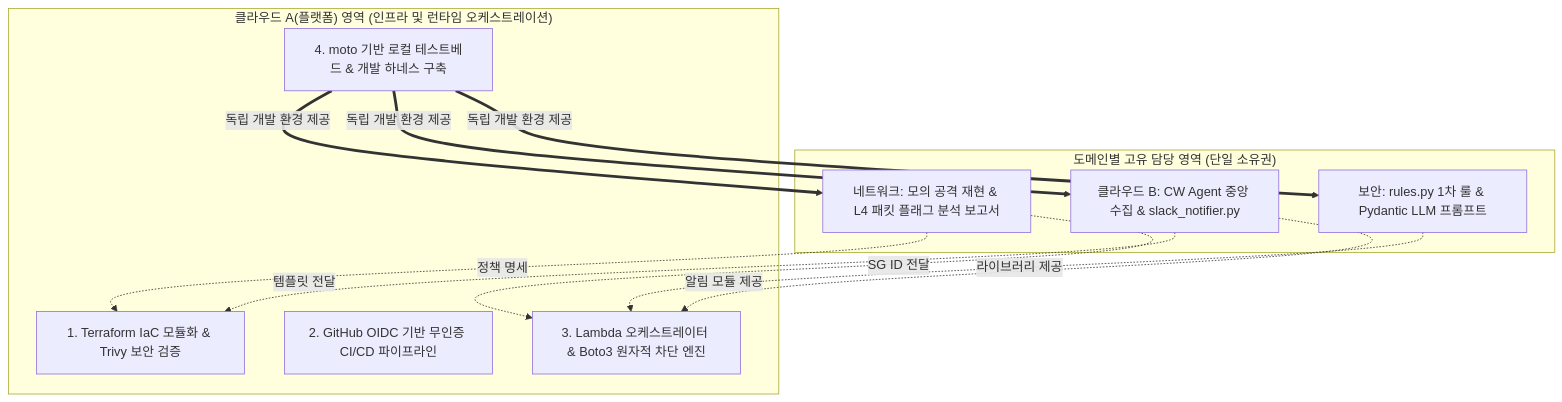
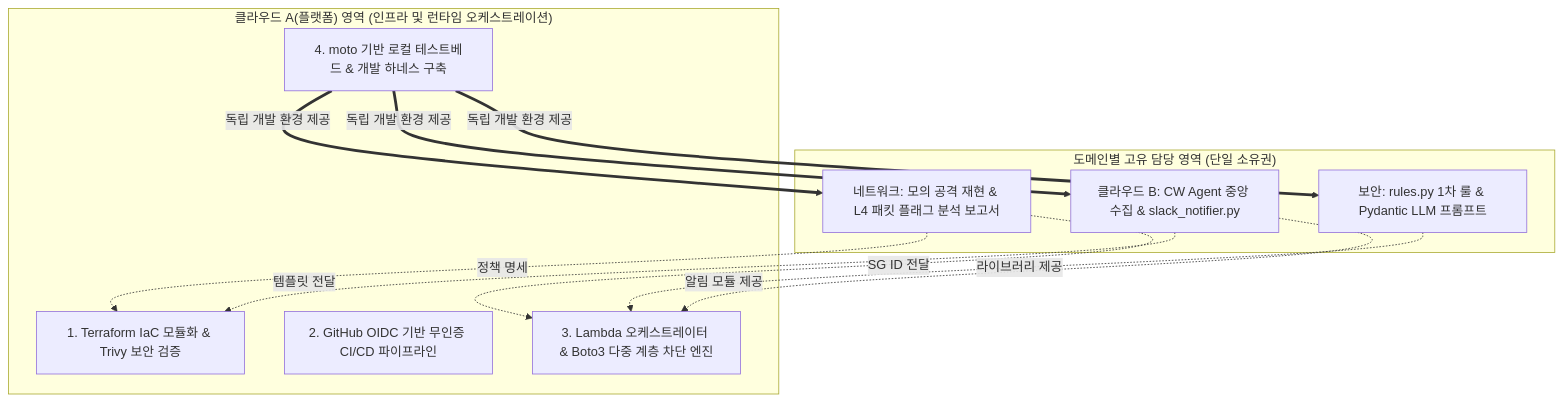
Before and after one commit to mmmphyun/aleph-project: the diagram in docs/01_project_overview.md, drawn with Mermaid. The commit also changed other lines of this file and 4 other files, not shown here.

````diff
--- a/docs/01_project_overview.md
+++ b/docs/01_project_overview.md
@@ -74,25 +74,25 @@
 ```mermaid
 flowchart TD
     subgraph S1 ["도메인별 고유 담당 영역 (단일 소유권)"]
         NET["네트워크: 모의 공격 재현 & L4 패킷 플래그 분석 보고서"]
         SEC["보안: rules.py 1차 룰 & Pydantic LLM 프롬프트"]
         CLB["클라우드 B: CW Agent 중앙 수집 & slack_notifier.py"]
     end
 
     subgraph S2 ["클라우드 A(플랫폼) 영역 (인프라 및 런타임 오케스트레이션)"]
         TF["1. Terraform IaC 모듈화 & Trivy 보안 검증"]
         CICD["2. GitHub OIDC 기반 무인증 CI/CD 파이프라인"]
-        ORCH["3. Lambda 오케스트레이터 & Boto3 원자적 차단 엔진"]
+        ORCH["3. Lambda 오케스트레이터 & Boto3 다중 계층 차단 엔진"]
         HARNESS["4. moto 기반 로컬 테스트베드 & 개발 하네스 구축"]
     end
 
     NET -.->|정책 명세| TF
     NET -.->|SG ID 전달| ORCH
     SEC -.->|라이브러리 제공| ORCH
     CLB -.->|템플릿 전달| TF
     CLB -.->|알림 모듈 제공| ORCH
 
     HARNESS ==>|독립 개발 환경 제공| NET
     HARNESS ==>|독립 개발 환경 제공| SEC
     HARNESS ==>|독립 개발 환경 제공| CLB
 ```
````
